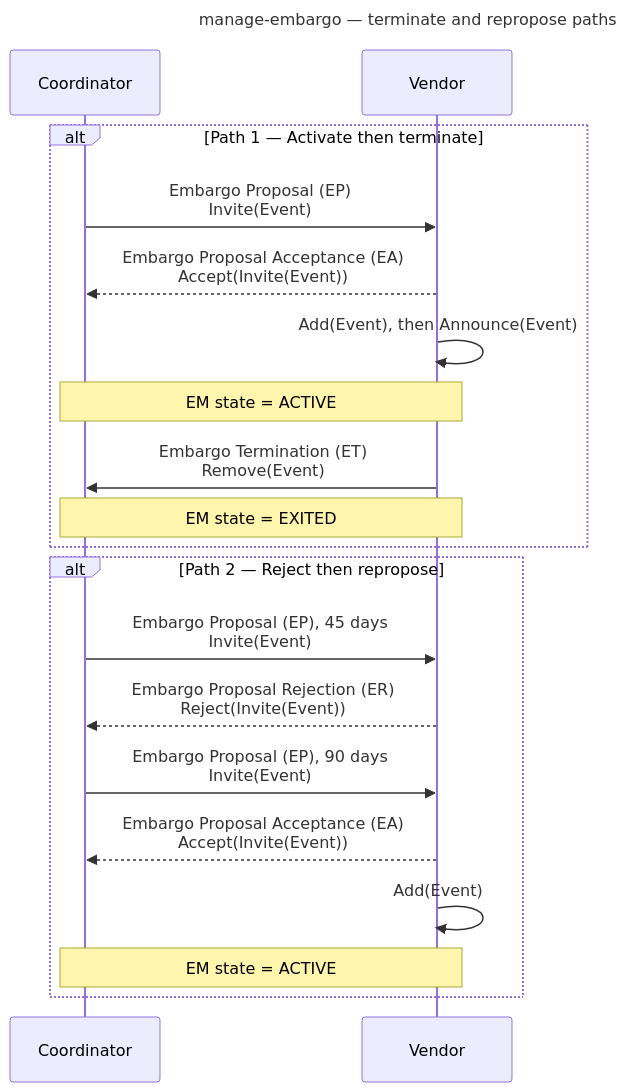
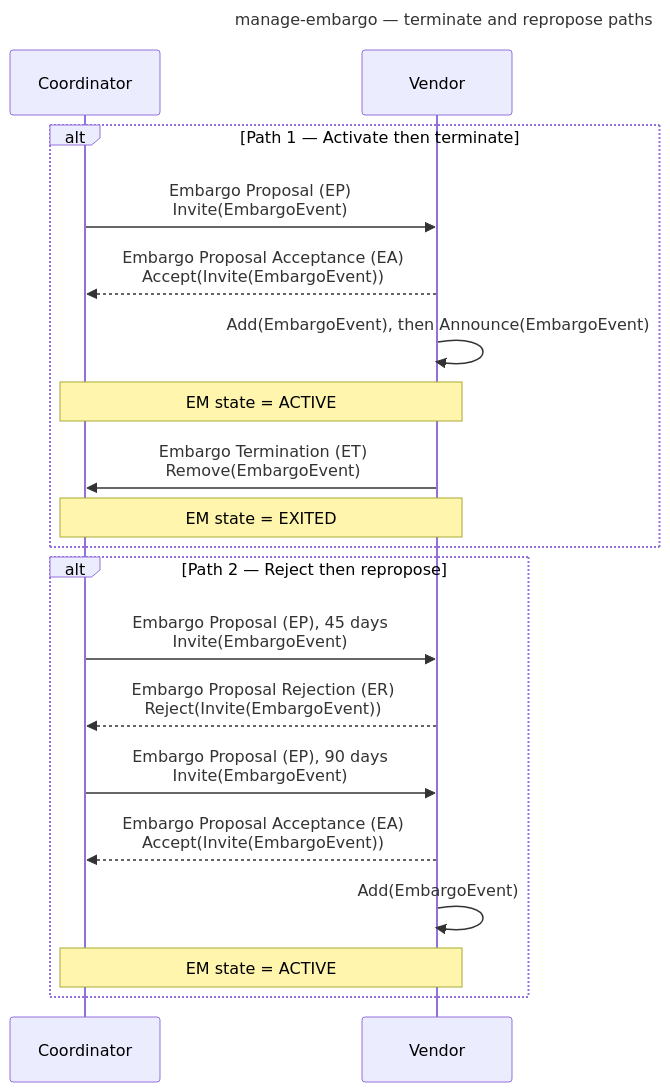
The seventh of 9 diagrams in docs/tutorials/other_demos.md (CERTCC/Vultron), drawn with Mermaid before and after one commit. The commit also changed other lines of this file and 54 other files, not shown here.

First line of the commit message:
docs: write the embargo type the sender emits, EmbargoEvent

````diff
--- a/docs/tutorials/other_demos.md
+++ b/docs/tutorials/other_demos.md
@@ -314,26 +314,26 @@
 ```mermaid
 ---
 title: manage-embargo — terminate and repropose paths
 ---
 sequenceDiagram
     participant C as Coordinator
     participant V as Vendor
 
     alt Path 1 — Activate then terminate
-        C->>V: Embargo Proposal (EP)<br/>Invite(Event)
-        V-->>C: Embargo Proposal Acceptance (EA)<br/>Accept(Invite(Event))
-        V->>V: Add(Event), then Announce(Event)
+        C->>V: Embargo Proposal (EP)<br/>Invite(EmbargoEvent)
+        V-->>C: Embargo Proposal Acceptance (EA)<br/>Accept(Invite(EmbargoEvent))
+        V->>V: Add(EmbargoEvent), then Announce(EmbargoEvent)
         Note over C,V: EM state = ACTIVE
-        V->>C: Embargo Termination (ET)<br/>Remove(Event)
+        V->>C: Embargo Termination (ET)<br/>Remove(EmbargoEvent)
         Note over C,V: EM state = EXITED
     end
 
     alt Path 2 — Reject then repropose
-        C->>V: Embargo Proposal (EP), 45 days<br/>Invite(Event)
-        V-->>C: Embargo Proposal Rejection (ER)<br/>Reject(Invite(Event))
-        C->>V: Embargo Proposal (EP), 90 days<br/>Invite(Event)
-        V-->>C: Embargo Proposal Acceptance (EA)<br/>Accept(Invite(Event))
-        V->>V: Add(Event)
+        C->>V: Embargo Proposal (EP), 45 days<br/>Invite(EmbargoEvent)
+        V-->>C: Embargo Proposal Rejection (ER)<br/>Reject(Invite(EmbargoEvent))
+        C->>V: Embargo Proposal (EP), 90 days<br/>Invite(EmbargoEvent)
+        V-->>C: Embargo Proposal Acceptance (EA)<br/>Accept(Invite(EmbargoEvent))
+        V->>V: Add(EmbargoEvent)
         Note over C,V: EM state = ACTIVE
     end
 ```
````
